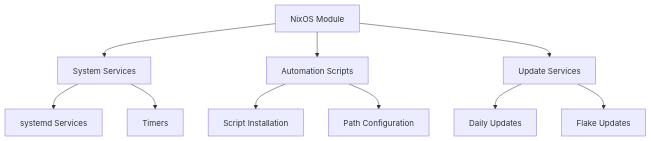
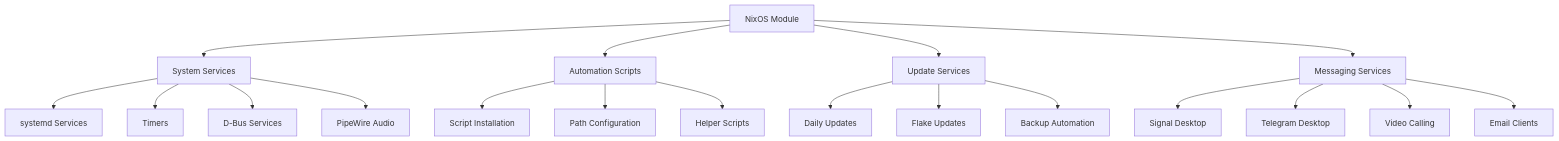
Before and after one commit to Hydepwns/nix-mox: the fifth of 10 diagrams in docs/architecture/ARCHITECTURE.md, drawn with Mermaid. The commit also changed other lines of this file and 4 other files, not shown here.

First line of the commit message:
docs: update architecture and scripting documentation

````diff
--- a/docs/architecture/ARCHITECTURE.md
+++ b/docs/architecture/ARCHITECTURE.md
@@ -121,15 +156,25 @@
 ```mermaid
 graph TD
     A[NixOS Module] --> B[System Services]
     A --> C[Automation Scripts]
     A --> D[Update Services]
+    A --> E[Messaging Services]
     
     B --> B1[systemd Services]
     B --> B2[Timers]
+    B --> B3[D-Bus Services]
+    B --> B4[PipeWire Audio]
     
     C --> C1[Script Installation]
     C --> C2[Path Configuration]
+    C --> C3[Helper Scripts]
     
     D --> D1[Daily Updates]
     D --> D2[Flake Updates]
+    D --> D3[Backup Automation]
+    
+    E --> E1[Signal Desktop]
+    E --> E2[Telegram Desktop]
+    E --> E3[Video Calling]
+    E --> E4[Email Clients]
 ```
````
